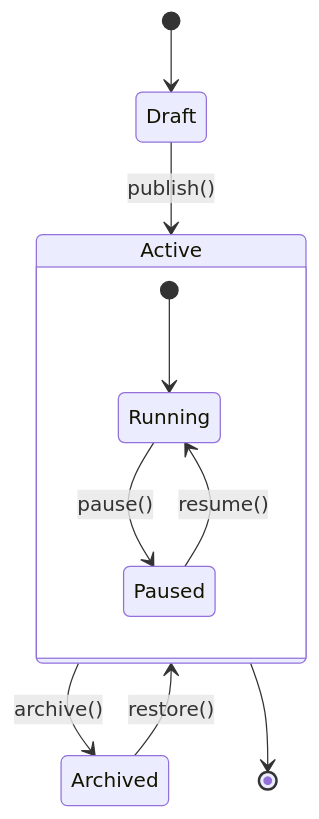
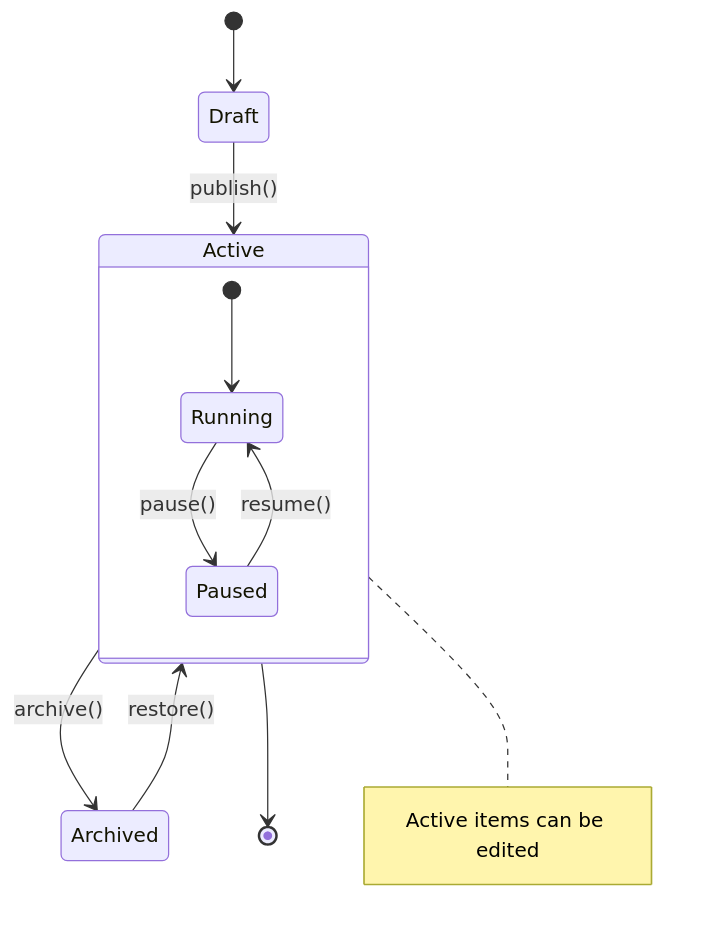
One commit to Alequez97/codebase-analyzer changed the fourth of 5 diagrams in backend/instructions/analyze-domain-documentation.md. Above: the diagram before and after it, drawn with Mermaid. The commit also changed other lines of this file, not shown here.

Commit message:
feat: enhance Mermaid diagram guidelines with additional notes and syntax clarifications

````diff
--- a/backend/instructions/analyze-domain-documentation.md
+++ b/backend/instructions/analyze-domain-documentation.md
@@ -134,15 +135,17 @@
 ```mermaid
 stateDiagram-v2
   [*] --> Draft
   Draft --> Active: publish()
 
   state Active {
     [*] --> Running
     Running --> Paused: pause()
     Paused --> Running: resume()
   }
 
   Active --> Archived: archive()
   Archived --> Active: restore()
   Active --> [*]
+
+  note right of Active : Active items can be edited
 ```
````
